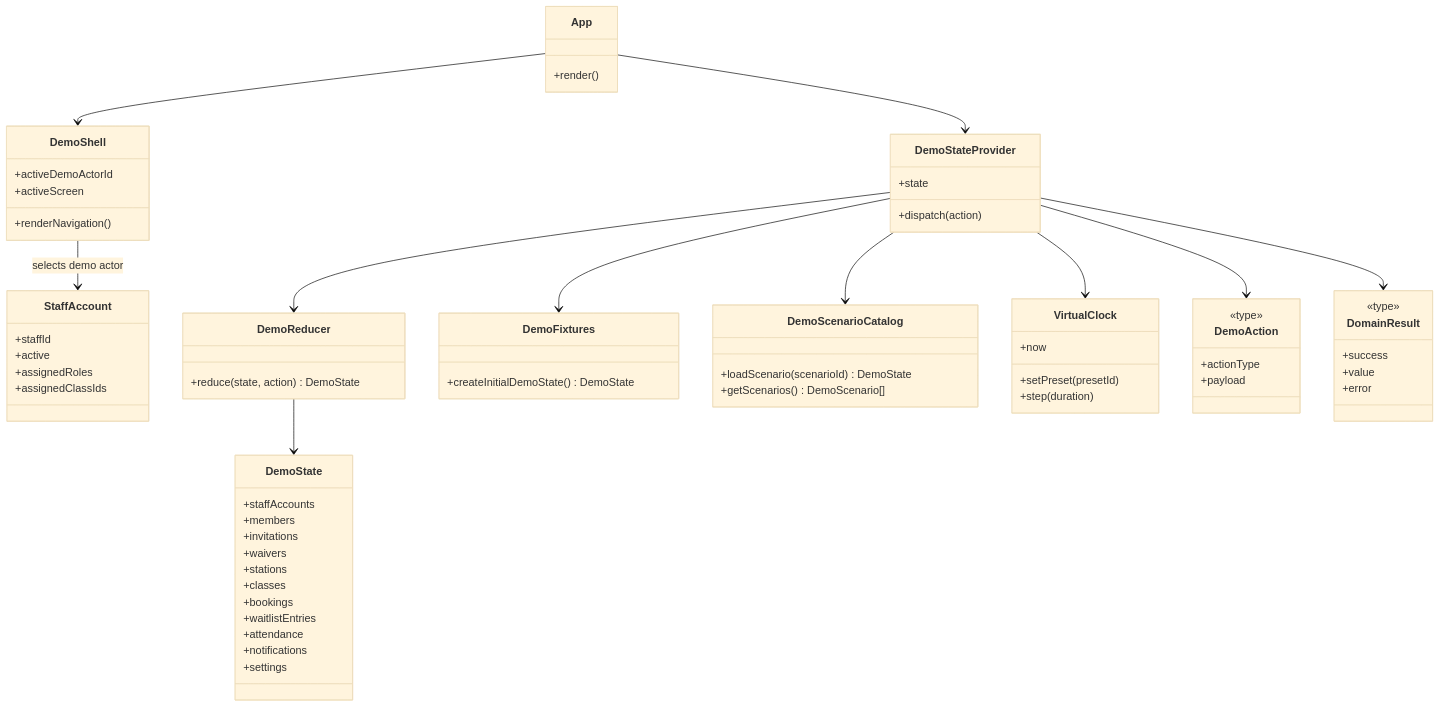
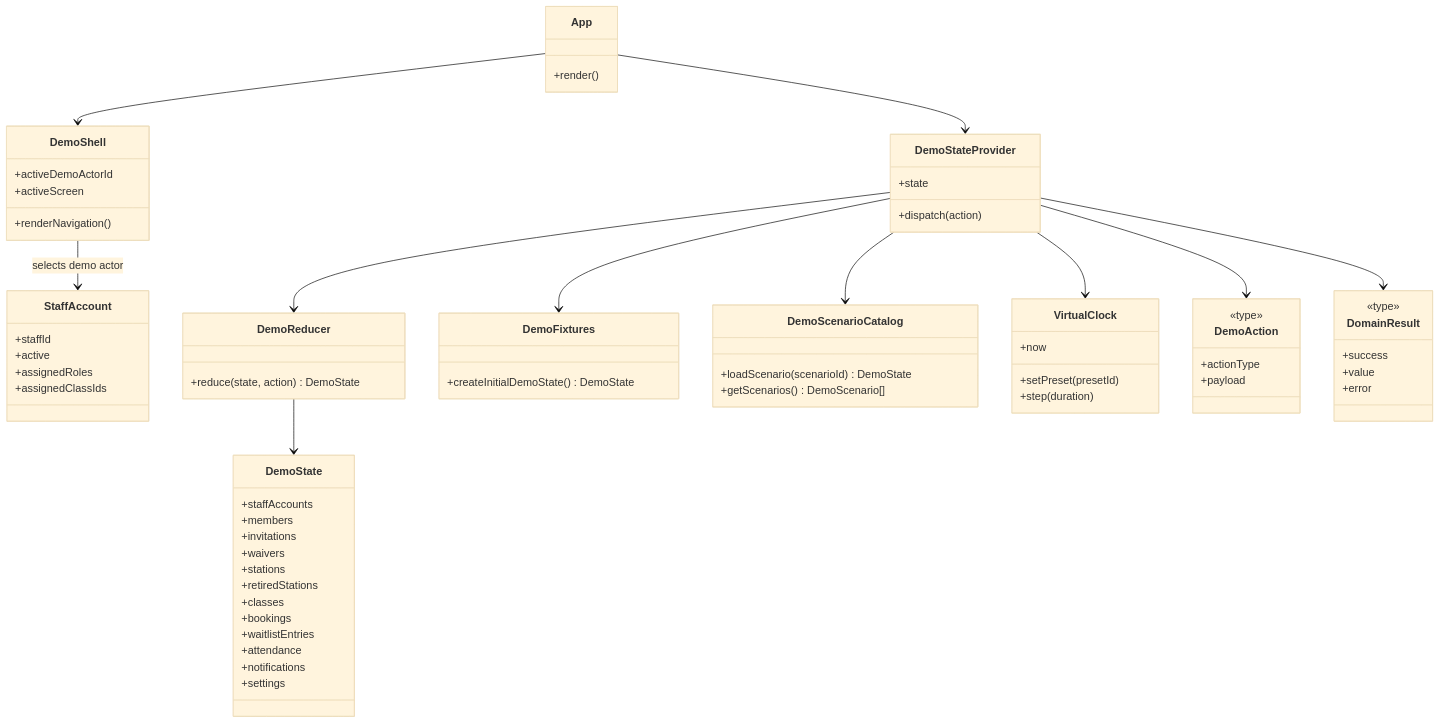
Before and after one commit to UltraPulpo/gym-operations: the second of 8 diagrams in design/gym-operations-poc-low-level-design.md, drawn with Mermaid (base theme). The commit also changed other lines of this file and 27 other files, not shown here.

````diff
--- a/design/gym-operations-poc-low-level-design.md
+++ b/design/gym-operations-poc-low-level-design.md
@@ -84,71 +84,72 @@
 ```mermaid
 classDiagram
     class App {
         +render()
     }
     class DemoShell {
         +activeDemoActorId
         +activeScreen
         +renderNavigation()
     }
     class StaffAccount {
         +staffId
         +active
         +assignedRoles
         +assignedClassIds
     }
     class DemoStateProvider {
         +state
         +dispatch(action)
     }
     class DemoReducer {
         +reduce(state, action) DemoState
     }
     class DemoState {
         +staffAccounts
         +members
         +invitations
         +waivers
         +stations
+        +retiredStations
         +classes
         +bookings
         +waitlistEntries
         +attendance
         +notifications
         +settings
     }
     class DemoFixtures {
         +createInitialDemoState() DemoState
     }
     class DemoScenarioCatalog {
         +loadScenario(scenarioId) DemoState
         +getScenarios() DemoScenario[]
     }
     class VirtualClock {
         +now
         +setPreset(presetId)
         +step(duration)
     }
     class DemoAction {
         <<type>>
         +actionType
         +payload
     }
     class DomainResult {
         <<type>>
         +success
         +value
         +error
     }
 
     App --> DemoShell
     App --> DemoStateProvider
     DemoStateProvider --> DemoReducer
     DemoReducer --> DemoState
     DemoStateProvider --> DemoFixtures
     DemoStateProvider --> DemoScenarioCatalog
     DemoStateProvider --> VirtualClock
     DemoStateProvider --> DemoAction
     DemoStateProvider --> DomainResult
     DemoShell --> StaffAccount : selects demo actor
 ```
````
